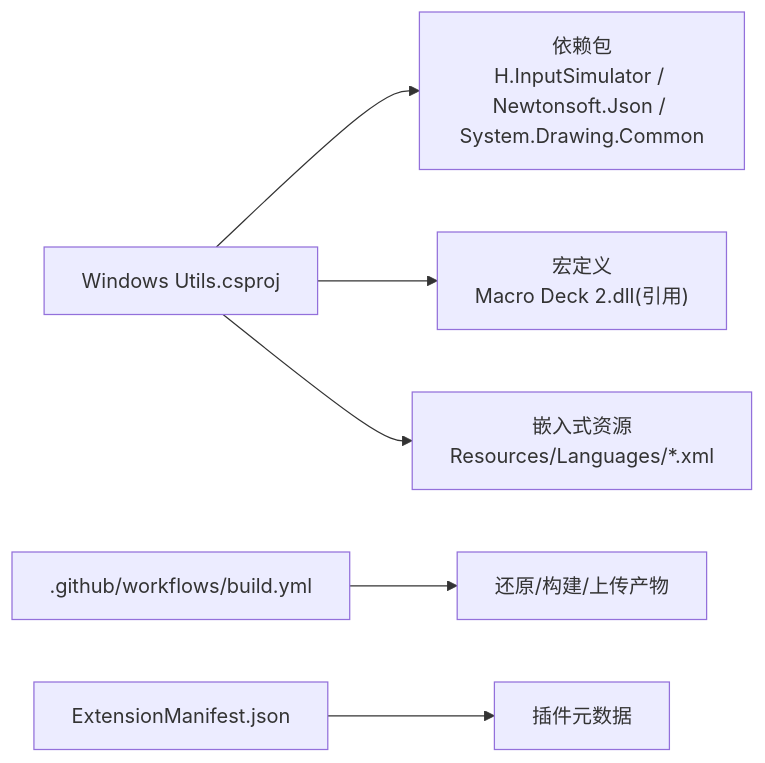
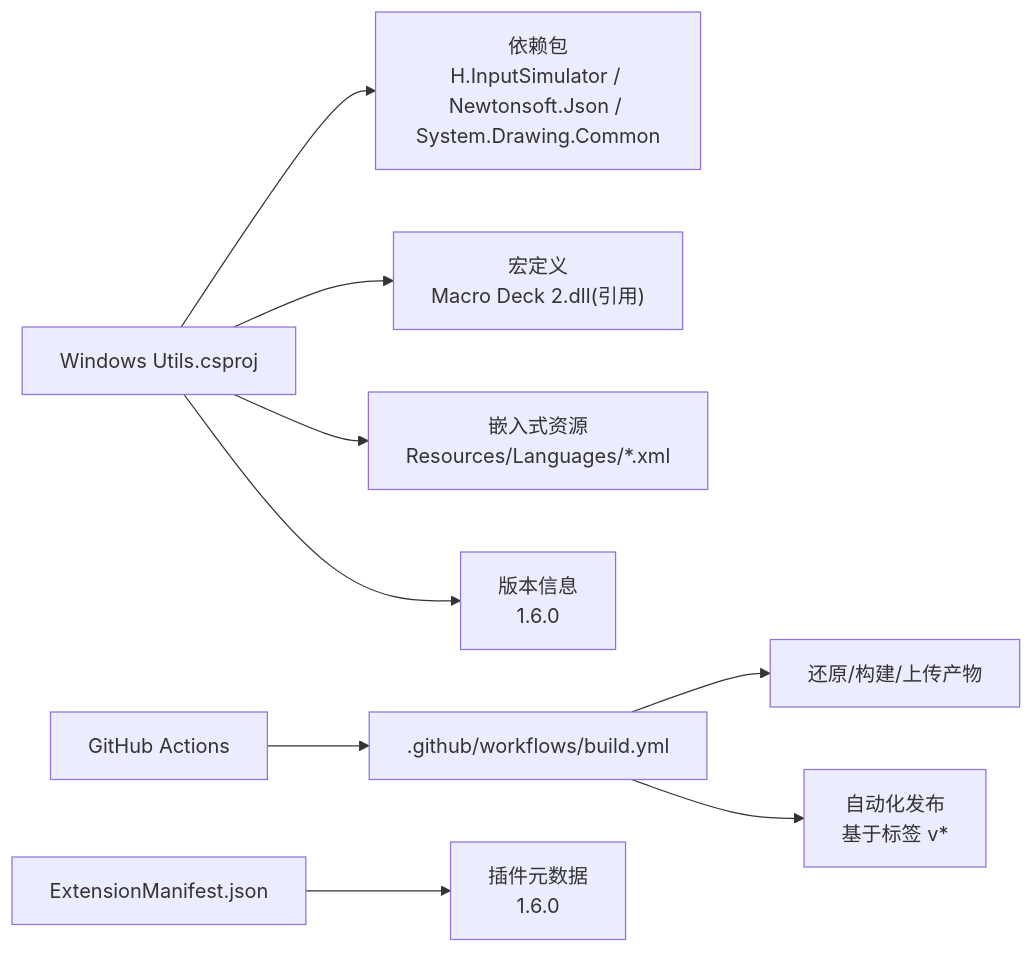
One commit to tea4go/Macro-Deck-Windows-Utils-Plugin changed the sixth of 7 diagrams in .qoder/repowiki/zh/content/贡献指南.md. Above: the diagram before and after it, drawn with Mermaid. The commit also changed other lines of this file and 37 other files, not shown here.

````diff
--- a/.qoder/repowiki/zh/content/贡献指南.md
+++ b/.qoder/repowiki/zh/content/贡献指南.md
@@ -223,8 +236,11 @@
 ```mermaid
 graph LR
 A["Windows Utils.csproj"] --> B["依赖包<br/>H.InputSimulator / Newtonsoft.Json / System.Drawing.Common"]
 A --> C["宏定义<br/>Macro Deck 2.dll(引用)"]
 A --> D["嵌入式资源<br/>Resources/Languages/*.xml"]
-E[".github/workflows/build.yml"] --> F["还原/构建/上传产物"]
-G["ExtensionManifest.json"] --> H["插件元数据"]
+A --> E["版本信息<br/>1.6.0"]
+F[".github/workflows/build.yml"] --> G["还原/构建/上传产物"]
+F --> H["自动化发布<br/>基于标签 v*"]
+I["ExtensionManifest.json"] --> J["插件元数据<br/>1.6.0"]
+K["GitHub Actions"] --> F
 ```
````
